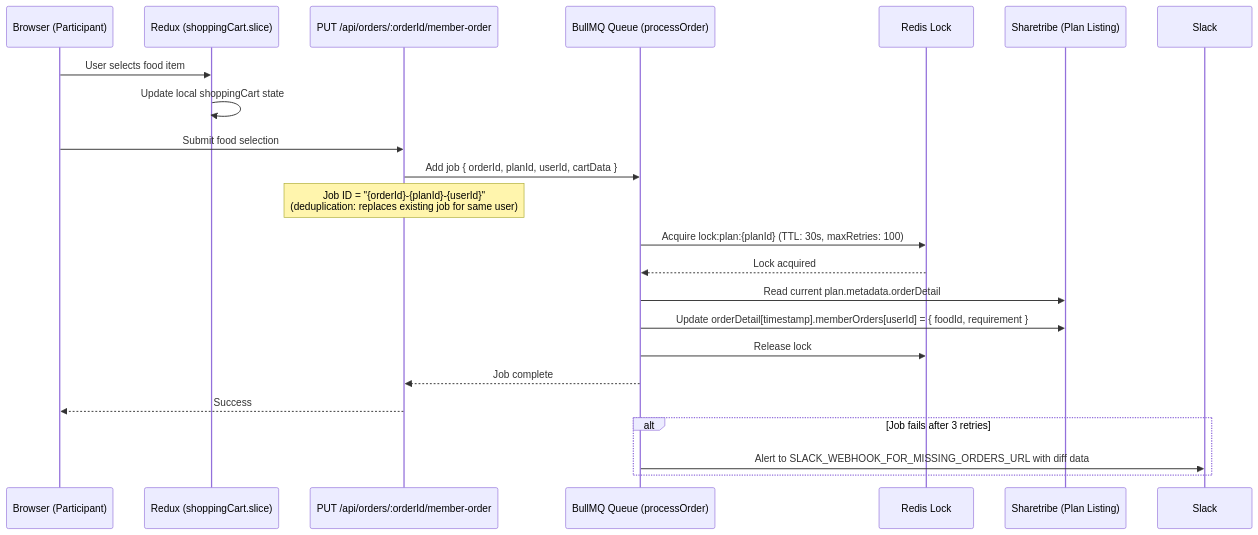
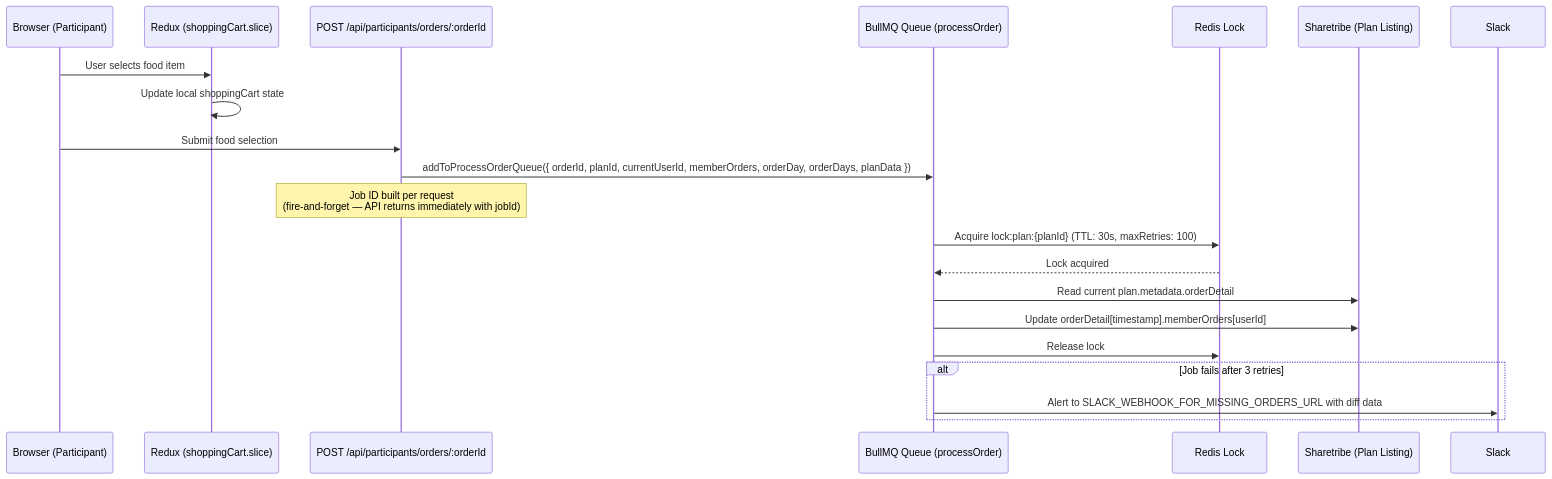
Before and after one commit to haonguyenpito/pito-cloud-canteen: the diagram in docs/roles/participant/food-selection.md, drawn with Mermaid. The commit also changed other lines of this file and 24 other files, not shown here.

````diff
--- a/docs/roles/participant/food-selection.md
+++ b/docs/roles/participant/food-selection.md
@@ -11,27 +26,25 @@
 ```mermaid
 sequenceDiagram
     participant Browser as Browser (Participant)
     participant Redux as Redux (shoppingCart.slice)
-    participant API as PUT /api/orders/:orderId/member-order
+    participant API as POST /api/participants/orders/:orderId
     participant Queue as BullMQ Queue (processOrder)
     participant Lock as Redis Lock
     participant Sharetribe as Sharetribe (Plan Listing)
     participant Slack
 
     Browser->>Redux: User selects food item
     Redux->>Redux: Update local shoppingCart state
     Browser->>API: Submit food selection
-    API->>Queue: Add job { orderId, planId, userId, cartData }
-    Note over API: Job ID = "{orderId}-{planId}-{userId}"<br/>(deduplication: replaces existing job for same user)
+    API->>Queue: addToProcessOrderQueue({ orderId, planId, currentUserId, memberOrders, orderDay, orderDays, planData })
+    Note over API: Job ID built per request<br/>(fire-and-forget — API returns immediately with jobId)
     Queue->>Lock: Acquire lock:plan:{planId} (TTL: 30s, maxRetries: 100)
     Lock-->>Queue: Lock acquired
     Queue->>Sharetribe: Read current plan.metadata.orderDetail
-    Queue->>Sharetribe: Update orderDetail[timestamp].memberOrders[userId] = { foodId, requirement }
+    Queue->>Sharetribe: Update orderDetail[timestamp].memberOrders[userId]
     Queue->>Lock: Release lock
-    Queue-->>API: Job complete
-    API-->>Browser: Success
 
     alt Job fails after 3 retries
         Queue->>Slack: Alert to SLACK_WEBHOOK_FOR_MISSING_ORDERS_URL with diff data
     end
 ```
````
